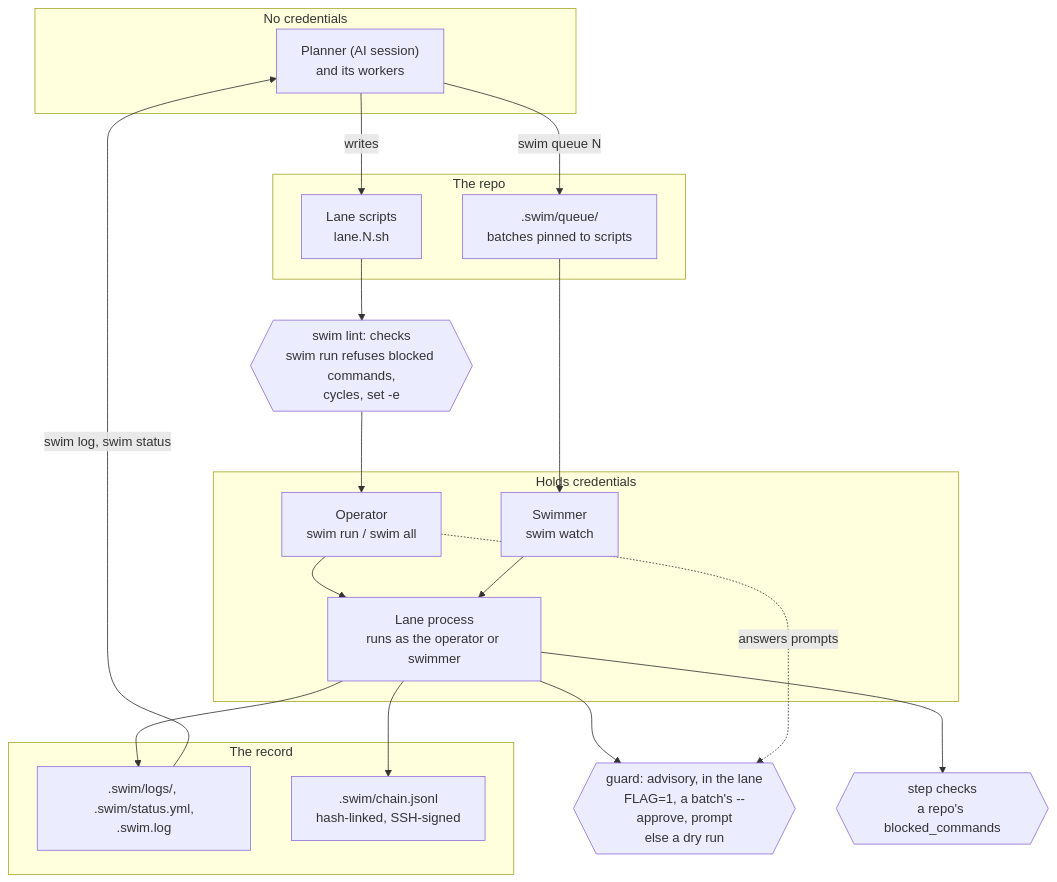
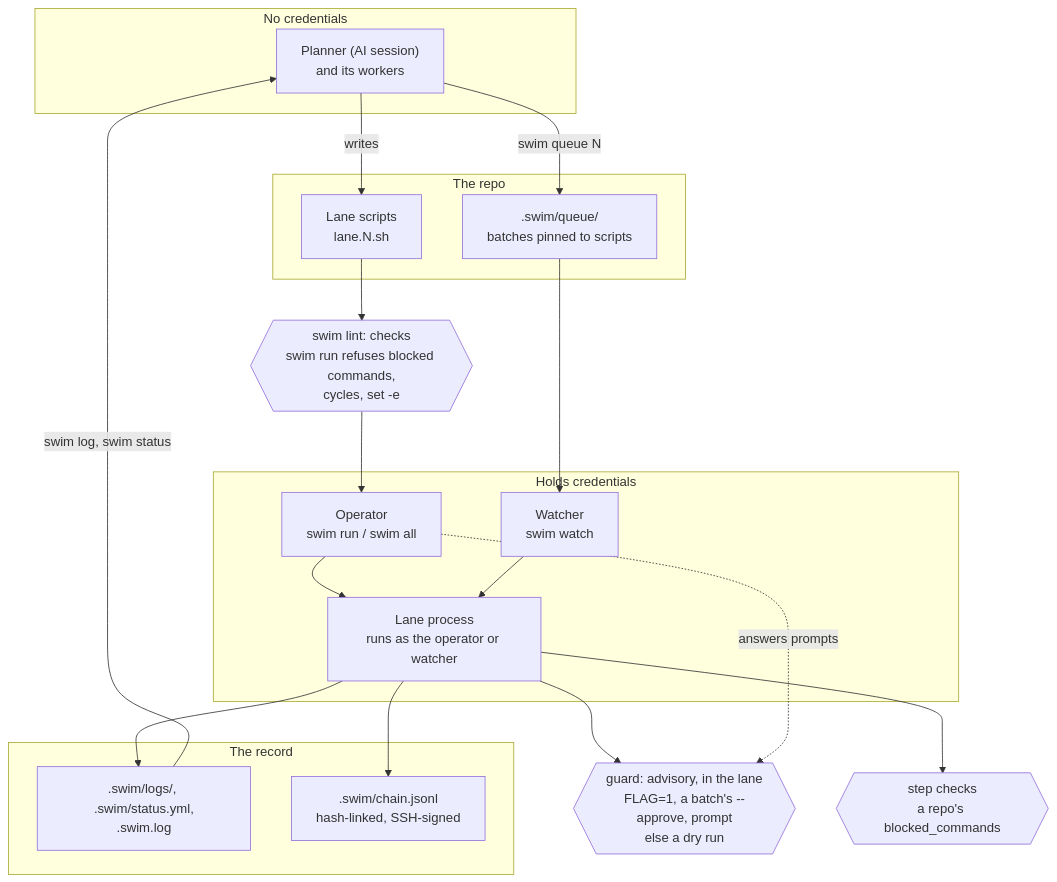
Before and after one commit to gates-brightly/swimlane: the diagram in docs/reference/architecture.md, drawn with Mermaid. The commit also changed other lines of this file and 21 other files, not shown here.

````diff
--- a/docs/reference/architecture.md
+++ b/docs/reference/architecture.md
@@ -6,33 +6,33 @@
 ```mermaid
 flowchart TD
   subgraph nocreds["No credentials"]
     P["Planner (AI session)<br/>and its workers"]
   end
   subgraph repo["The repo"]
     L["Lane scripts<br/>lane.N.sh"]
     Q[".swim/queue/<br/>batches pinned to scripts"]
   end
   subgraph creds["Holds credentials"]
     O["Operator<br/>swim run / swim all"]
-    W["Swimmer<br/>swim watch"]
-    X["Lane process<br/>runs as the operator or swimmer"]
+    W["Watcher<br/>swim watch"]
+    X["Lane process<br/>runs as the operator or watcher"]
   end
   subgraph record["The record"]
     S[".swim/logs/, .swim/status.yml,<br/>.swim.log"]
     C[".swim/chain.jsonl<br/>hash-linked, SSH-signed"]
   end
 
   P -->|writes| L
   P -->|swim queue N| Q
   L --> PL{{"swim lint: checks<br/>swim run refuses blocked commands,<br/>cycles, set -e"}}
   PL --> O
   Q --> W
   O --> X
   W --> X
   X --> G{{"guard: advisory, in the lane<br/>FLAG=1, a batch's --approve, prompt<br/>else a dry run"}}
   O -.->|answers prompts| G
   X --> SH{{"step checks<br/>a repo's blocked_commands"}}
   X --> S
   X --> C
   S -->|swim log, swim status| P
 ```
````
